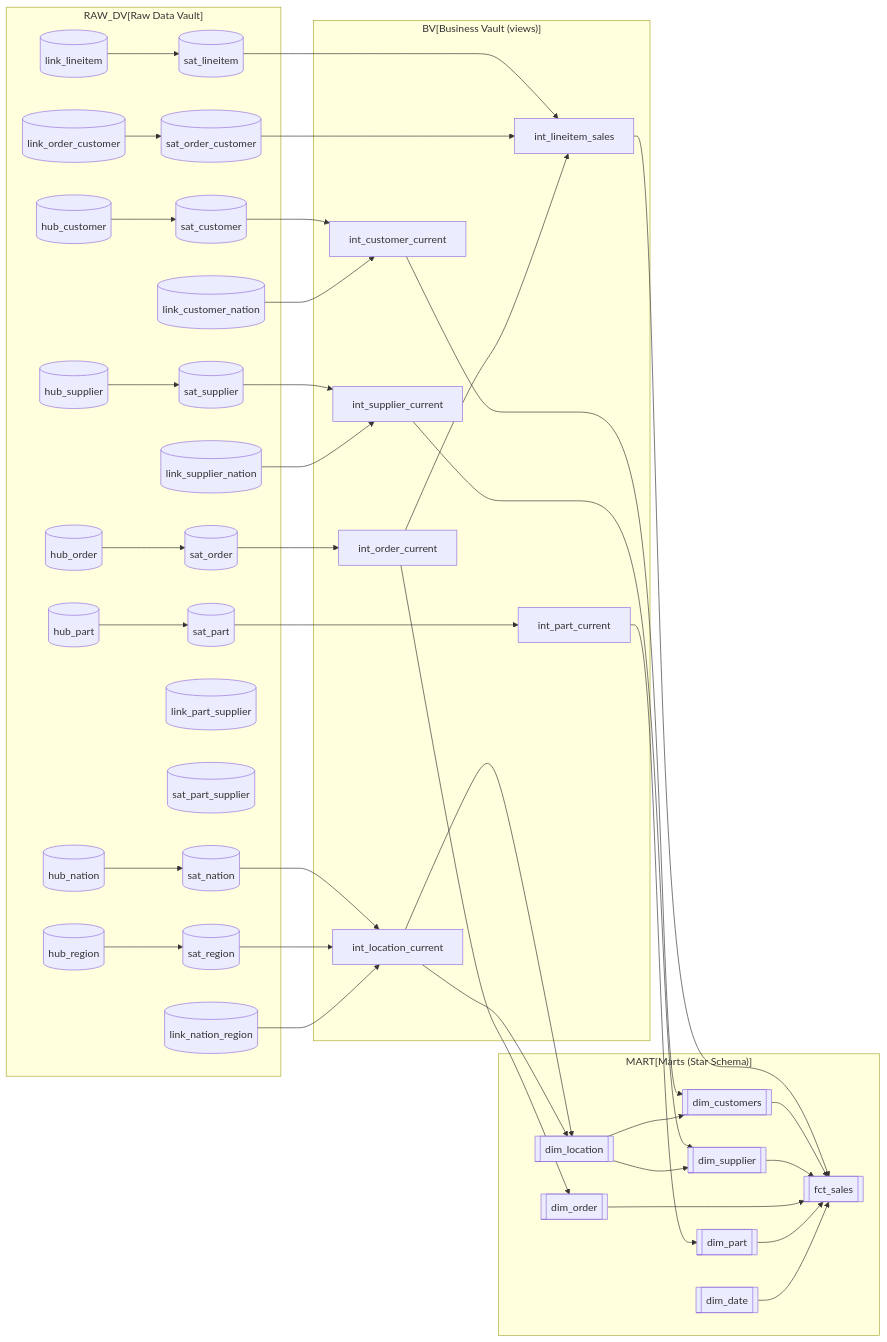
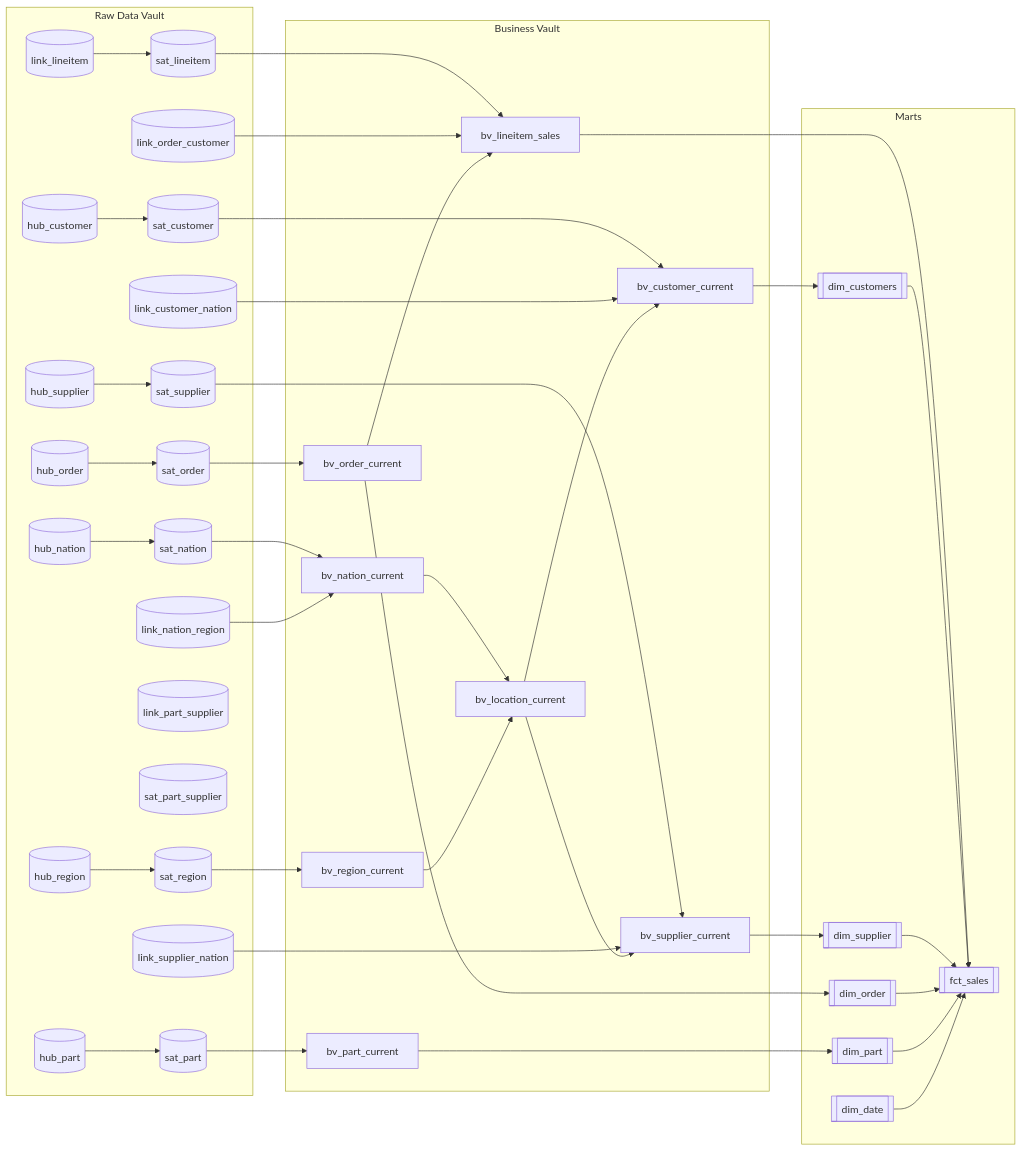
The diagram in docs/star_schema_architecture.md (carlosmatac/dbt-snowflake-retail-analytics), drawn with Mermaid before and after one commit. The commit also changed other lines of this file and 1 other file, not shown here.

First line of the commit message:
docs: refresh star schema architecture; drop source_mermaid

````diff
--- a/docs/star_schema_architecture.md
+++ b/docs/star_schema_architecture.md
@@ -37,71 +39,71 @@
 ```mermaid
 flowchart LR
-  subgraph "RAW_DV[Raw Data Vault]"
+  subgraph RAW_DV[Raw Data Vault]
     H_CUST[(hub_customer)]
     S_CUST[(sat_customer)]
     H_SUPP[(hub_supplier)]
     S_SUPP[(sat_supplier)]
     H_ORD[(hub_order)]
     S_ORD[(sat_order)]
     H_PART[(hub_part)]
     S_PART[(sat_part)]
     H_NAT[(hub_nation)]
     S_NAT[(sat_nation)]
     H_REG[(hub_region)]
     S_REG[(sat_region)]
 
     L_OC[(link_order_customer)]
-    S_OC[(sat_order_customer)]
     L_LI[(link_lineitem)]
     S_LI[(sat_lineitem)]
     L_PS[(link_part_supplier)]
     S_PS[(sat_part_supplier)]
 
     L_CN[(link_customer_nation)]
     L_SN[(link_supplier_nation)]
     L_NR[(link_nation_region)]
   end
 
-  subgraph "BV[Business Vault (views)]"
-    BV_CUST[int_customer_current]
-    BV_SUPP[int_supplier_current]
-    BV_ORD[int_order_current]
-    BV_PART[int_part_current]
-    BV_LOC[int_location_current]
-    BV_LI[int_lineitem_sales]
+  subgraph BV[Business Vault]
+    BV_CUST[bv_customer_current]
+    BV_SUPP[bv_supplier_current]
+    BV_ORD[bv_order_current]
+    BV_PART[bv_part_current]
+    BV_NAT[bv_nation_current]
+    BV_REG[bv_region_current]
+    BV_LOC[bv_location_current]
+    BV_LI[bv_lineitem_sales]
   end
 
-  subgraph "MART[Marts (Star Schema)]"
+  subgraph MART[Marts]
     DIM_CUST[[dim_customers]]
     DIM_SUPP[[dim_supplier]]
     DIM_ORD[[dim_order]]
     DIM_PART[[dim_part]]
-    DIM_LOC[[dim_location]]
     DIM_DATE[[dim_date]]
     FCT[[fct_sales]]
   end
 
   H_CUST --> S_CUST --> BV_CUST --> DIM_CUST
   H_SUPP --> S_SUPP --> BV_SUPP --> DIM_SUPP
   H_ORD --> S_ORD --> BV_ORD --> DIM_ORD
   H_PART --> S_PART --> BV_PART --> DIM_PART
 
-  H_NAT --> S_NAT --> BV_LOC --> DIM_LOC
-  H_REG --> S_REG --> BV_LOC --> DIM_LOC
-  L_NR --> BV_LOC
+  H_NAT --> S_NAT --> BV_NAT --> BV_LOC
+  H_REG --> S_REG --> BV_REG --> BV_LOC
+  L_NR --> BV_NAT
 
   L_CN --> BV_CUST
   L_SN --> BV_SUPP
+  BV_LOC --> BV_CUST
+  BV_LOC --> BV_SUPP
 
   L_LI --> S_LI --> BV_LI --> FCT
-  L_OC --> S_OC --> BV_LI
+  L_OC --> BV_LI
   BV_ORD --> BV_LI
 
   DIM_CUST --> FCT
   DIM_SUPP --> FCT
   DIM_ORD --> FCT
   DIM_PART --> FCT
-  DIM_LOC --> DIM_CUST
-  DIM_LOC --> DIM_SUPP
   DIM_DATE --> FCT
 ```
````
